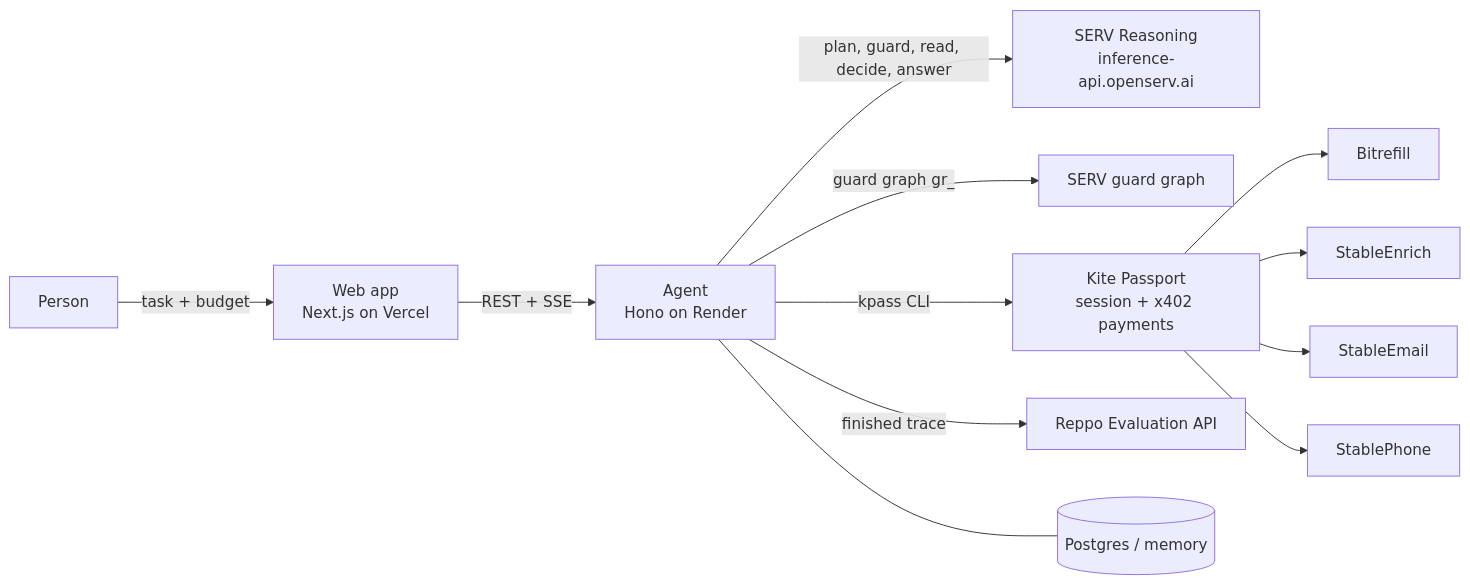
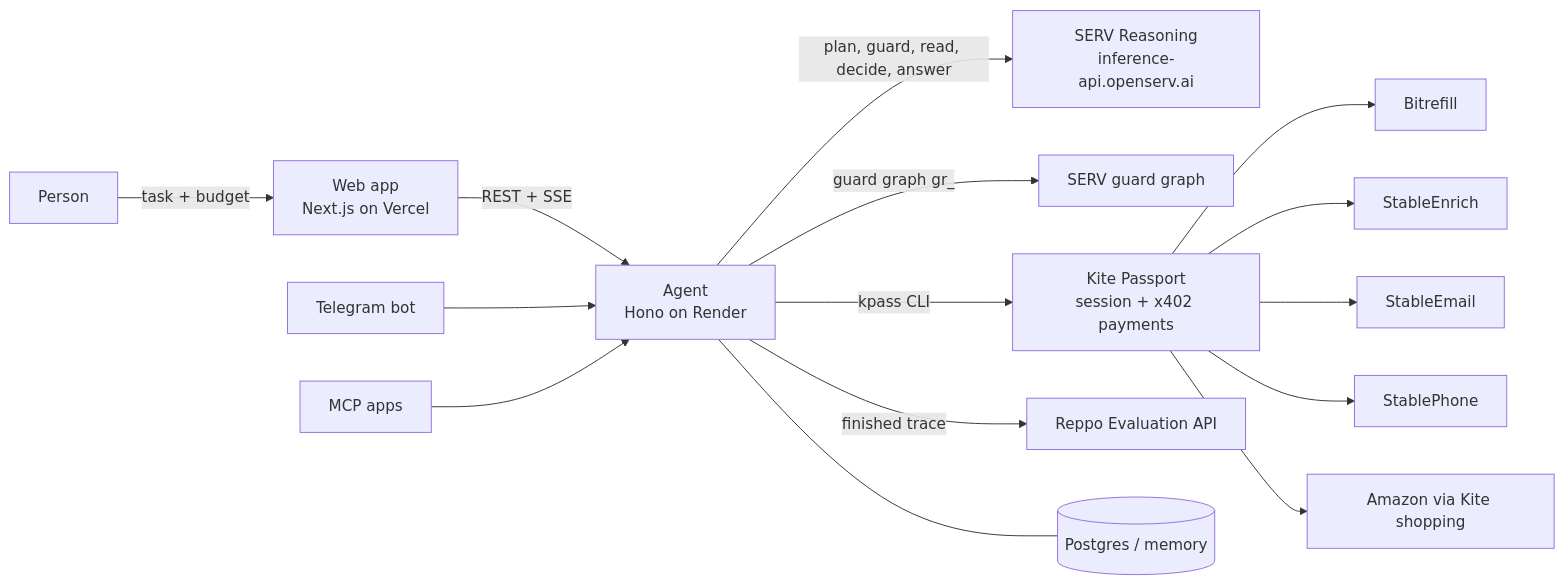
One commit to softalpha0/Errand changed the first of 5 diagrams in docs/architecture.md. Above: the diagram before and after it, drawn with Mermaid. The commit also changed other lines of this file and 51 other files, not shown here.

Commit message:
feat: own Kite Passport, repeating errands on the allowance, Amazon via Kite, private errands, Telegram bot, plan checks

````diff
--- a/docs/architecture.md
+++ b/docs/architecture.md
@@ -3,14 +3,17 @@
 ```mermaid
 flowchart LR
   U[Person] -->|task + budget| W[Web app<br/>Next.js on Vercel]
   W -->|REST + SSE| A[Agent<br/>Hono on Render]
   A -->|plan, guard, read, decide, answer| S[SERV Reasoning<br/>inference-api.openserv.ai]
   A -->|guard graph gr_| G[SERV guard graph]
   A -->|kpass CLI| K[Kite Passport<br/>session + x402 payments]
   K --> B[Bitrefill]
   K --> E[StableEnrich]
   K --> M[StableEmail]
   K --> P[StablePhone]
+  K --> Z[Amazon via Kite shopping]
+  T[Telegram bot] --> A
+  X[MCP apps] --> A
   A -->|finished trace| R[Reppo Evaluation API]
   A --- D[(Postgres / memory)]
 ```
````
